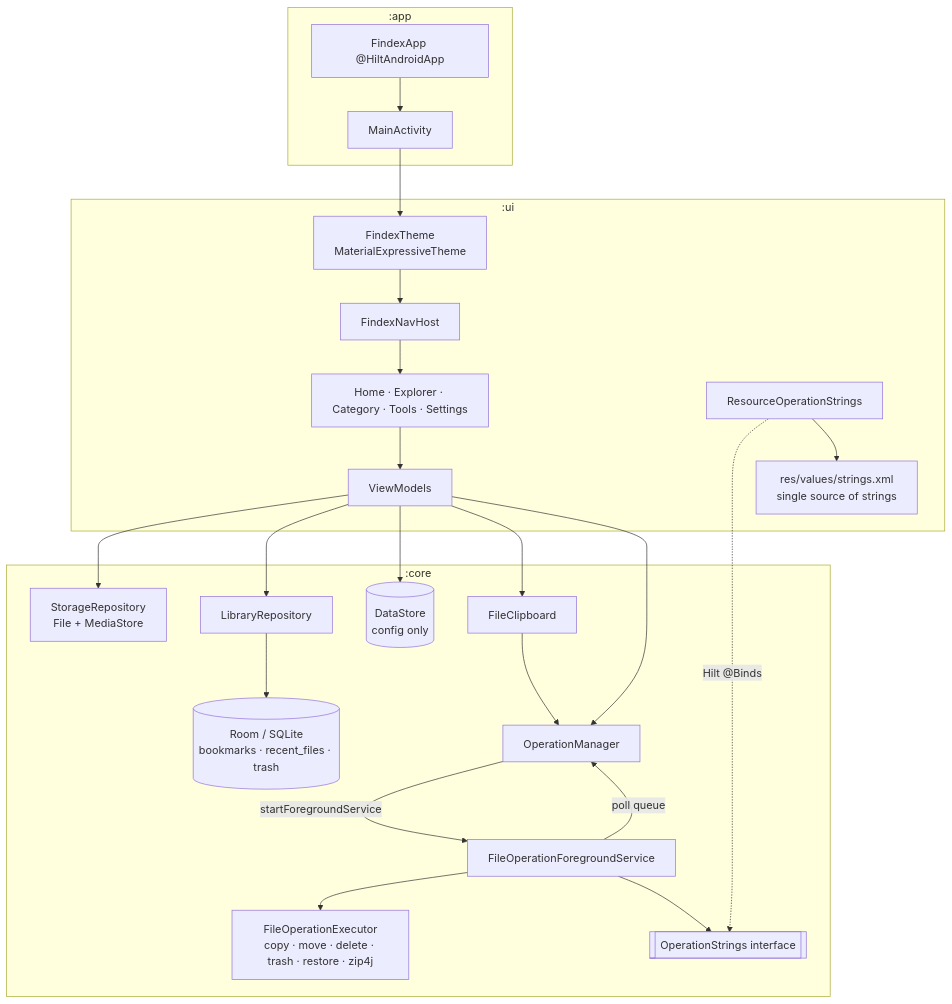
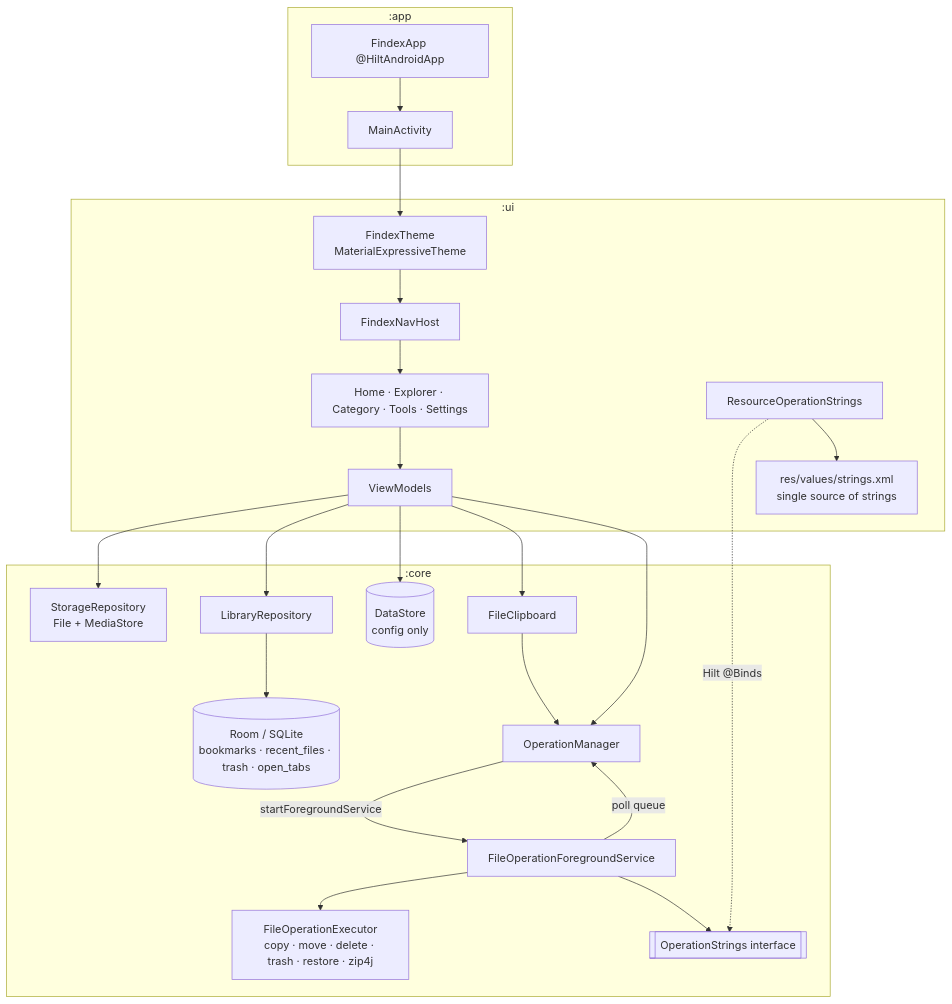
Before and after one commit to aiyu-ayaan/Findex: the first of 8 diagrams in development/docs/ARCHITECTURE.md, drawn with Mermaid. The commit also changed other lines of this file and 6 other files, not shown here.

Commit message:
feat(Tabs) : Persist open tabs in Room and restore them on cold start

````diff
--- a/development/docs/ARCHITECTURE.md
+++ b/development/docs/ARCHITECTURE.md
@@ -11,41 +11,41 @@
 ```mermaid
 graph TD
     subgraph ":app"
         App[FindexApp @HiltAndroidApp]
         MainAct[MainActivity]
     end
 
     subgraph ":ui"
         UIStrings[res/values/strings.xml<br/>single source of strings]
         Theme[FindexTheme<br/>MaterialExpressiveTheme]
         Nav[FindexNavHost]
         Screens[Home · Explorer · Category · Tools · Settings]
         VMs[ViewModels]
         OpStrings[ResourceOperationStrings]
     end
 
     subgraph ":core"
         StorageRepo[StorageRepository<br/>File + MediaStore]
         LibraryRepo[LibraryRepository]
-        DB[(Room / SQLite<br/>bookmarks · recent_files · trash)]
+        DB[(Room / SQLite<br/>bookmarks · recent_files · trash · open_tabs)]
         Settings[(DataStore<br/>config only)]
         OpMgr[OperationManager]
         Clip[FileClipboard]
         Exec[FileOperationExecutor<br/>copy · move · delete · trash · restore · zip4j]
         FGS[FileOperationForegroundService]
         OpStringsIf[[OperationStrings interface]]
     end
 
     App --> MainAct --> Theme --> Nav --> Screens --> VMs
     VMs --> StorageRepo
     VMs --> LibraryRepo --> DB
     VMs --> Settings
     VMs --> Clip --> OpMgr
     VMs --> OpMgr
     OpMgr -- startForegroundService --> FGS
     FGS -- poll queue --> OpMgr
     FGS --> Exec
     FGS --> OpStringsIf
     OpStrings -. Hilt @Binds .-> OpStringsIf
     OpStrings --> UIStrings
 ```
````
